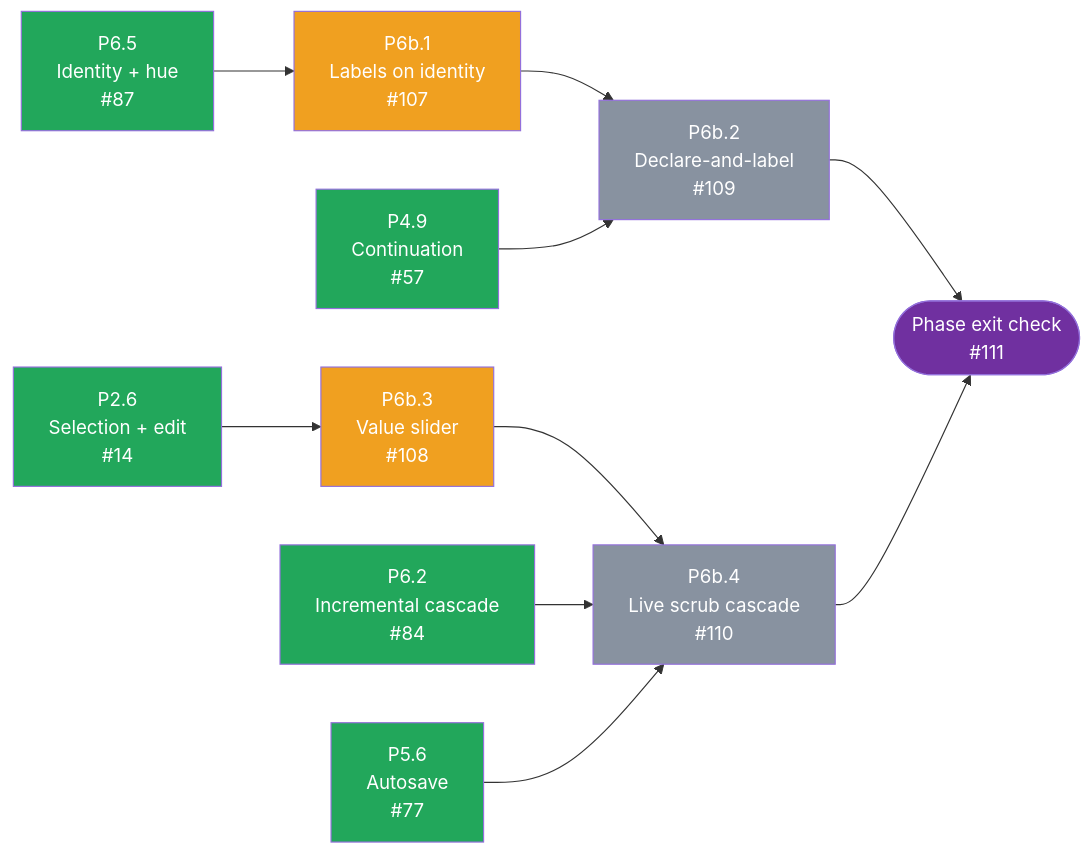
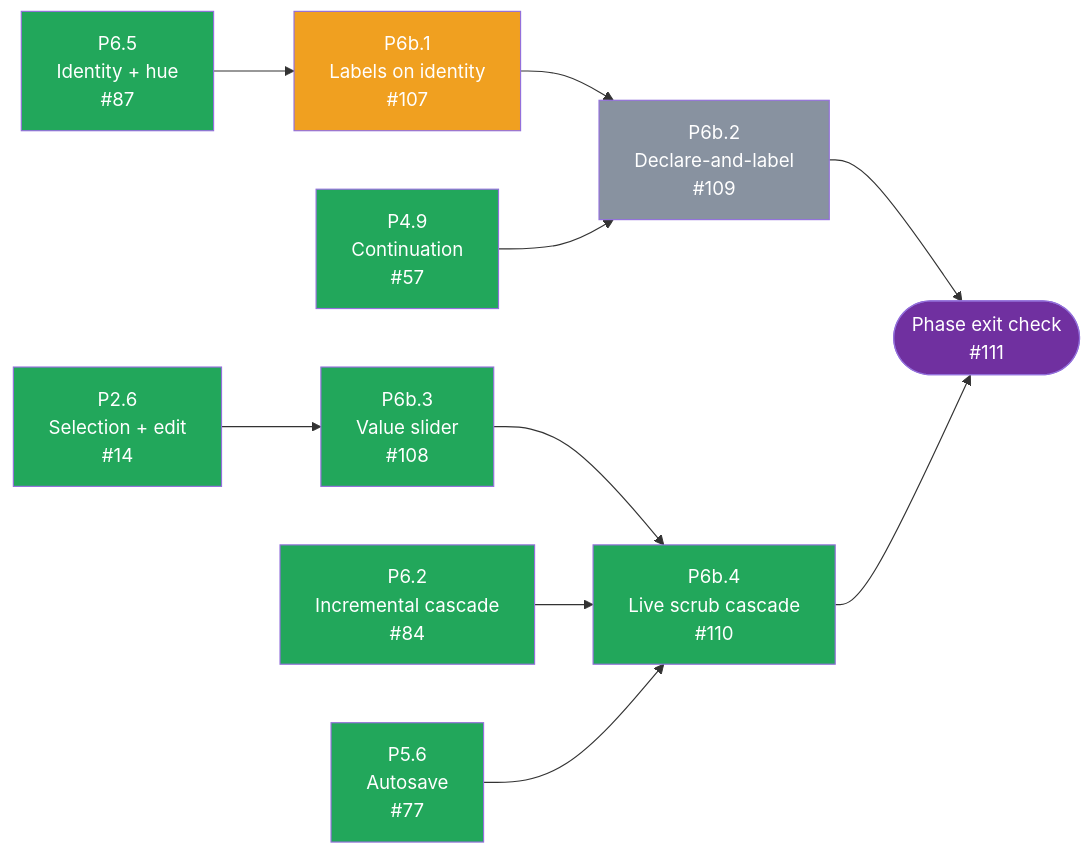
Before and after one commit to tousifosman/CalcMind: the sixth of 6 diagrams in docs/DEVELOPMENT_PLAN.md, drawn with Mermaid. The commit also changed other lines of this file and 12 other files, not shown here.

````diff
--- a/docs/DEVELOPMENT_PLAN.md
+++ b/docs/DEVELOPMENT_PLAN.md
@@ -1176,35 +1176,35 @@
 ```mermaid
 flowchart LR
     P65["P6.5<br/>Identity + hue<br/>#87"]
     P49["P4.9<br/>Continuation<br/>#57"]
     P26["P2.6<br/>Selection + edit<br/>#14"]
     P62["P6.2<br/>Incremental cascade<br/>#84"]
     P56["P5.6<br/>Autosave<br/>#77"]
     P6b1["P6b.1<br/>Labels on identity<br/>#107"]
     P6b2["P6b.2<br/>Declare-and-label<br/>#109"]
     P6b3["P6b.3<br/>Value slider<br/>#108"]
     P6b4["P6b.4<br/>Live scrub cascade<br/>#110"]
     EXIT(["Phase exit check<br/>#111"])
 
     P65 --> P6b1
     P6b1 --> P6b2
     P49 --> P6b2
     P26 --> P6b3
     P6b3 --> P6b4
     P62 --> P6b4
     P56 --> P6b4
 
     P6b2 --> EXIT
     P6b4 --> EXIT
 
     style P65 fill:#22A75B,color:#fff
     style P49 fill:#22A75B,color:#fff
     style P26 fill:#22A75B,color:#fff
     style P62 fill:#22A75B,color:#fff
     style P56 fill:#22A75B,color:#fff
     style P6b1 fill:#F0A020,color:#fff
     style P6b2 fill:#8892A0,color:#fff
-    style P6b3 fill:#F0A020,color:#fff
-    style P6b4 fill:#8892A0,color:#fff
+    style P6b3 fill:#22A75B,color:#fff
+    style P6b4 fill:#22A75B,color:#fff
     style EXIT fill:#7030A0,color:#fff
 ```
````
